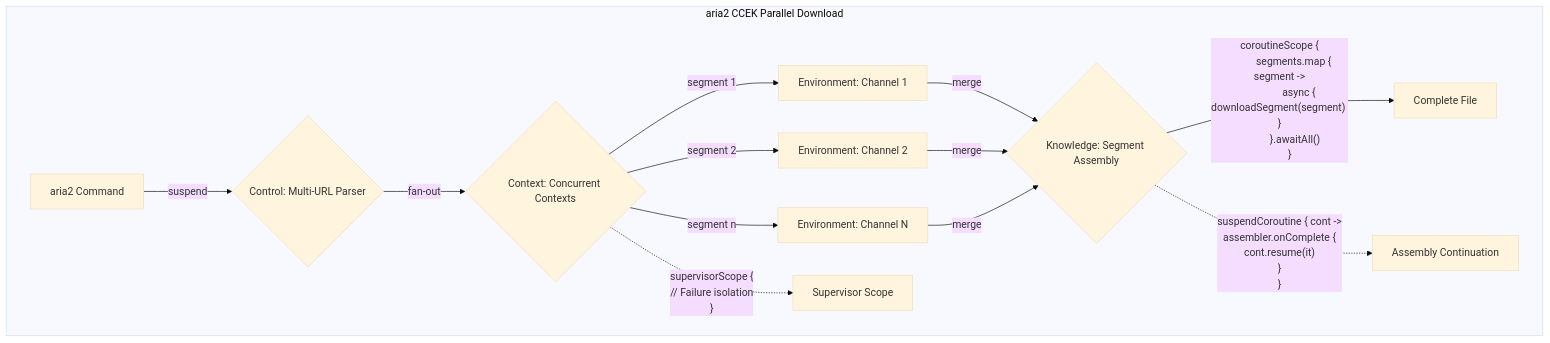
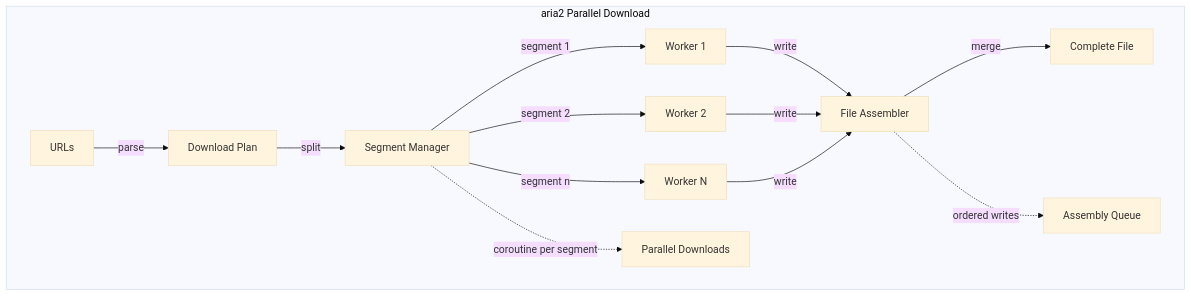
The fifth of 8 diagrams in CHANNEL_CCEK_TODO.md (jnorthrup/superbikeshed), drawn with Mermaid (base theme) before and after one commit. The commit also changed other lines of this file, not shown here.

````diff
--- a/CHANNEL_CCEK_TODO.md
+++ b/CHANNEL_CCEK_TODO.md
@@ -144,29 +122,18 @@
 ```mermaid
 flowchart TD
-    subgraph "aria2 CCEK Parallel Download"
-        A[aria2 Command] -->|suspend| B{Control: Multi-URL Parser}
-        B -->|fan-out| C{Context: Concurrent Contexts}
+    subgraph "aria2 Parallel Download"
+        A[URLs] -->|parse| B[Download Plan]
+        B -->|split| C[Segment Manager]
         
-        C -->|segment 1| D1[Environment: Channel 1]
-        C -->|segment 2| D2[Environment: Channel 2]
-        C -->|segment n| DN[Environment: Channel N]
+        C -->|segment 1| D1[Worker 1]
+        C -->|segment 2| D2[Worker 2]
+        C -->|segment n| DN[Worker N]
         
-        D1 & D2 & DN -->|merge| E{Knowledge: Segment Assembly}
+        D1 & D2 & DN -->|write| E[File Assembler]
         
-        E -->|"coroutineScope {
-            segments.map { segment ->
-                async { downloadSegment(segment) }
-            }.awaitAll()
-        }"| F[Complete File]
+        E -->|merge| F[Complete File]
         
-        C -.->|"supervisorScope {
-            // Failure isolation
-        }"| SS[Supervisor Scope]
-        
-        E -.->|"suspendCoroutine { cont ->
-            assembler.onComplete { 
-                cont.resume(it) 
-            }
-        }"| AS[Assembly Continuation]
+        C -.->|coroutine per segment| SS[Parallel Downloads]
+        E -.->|ordered writes| AS[Assembly Queue]
     end
 ```
````
